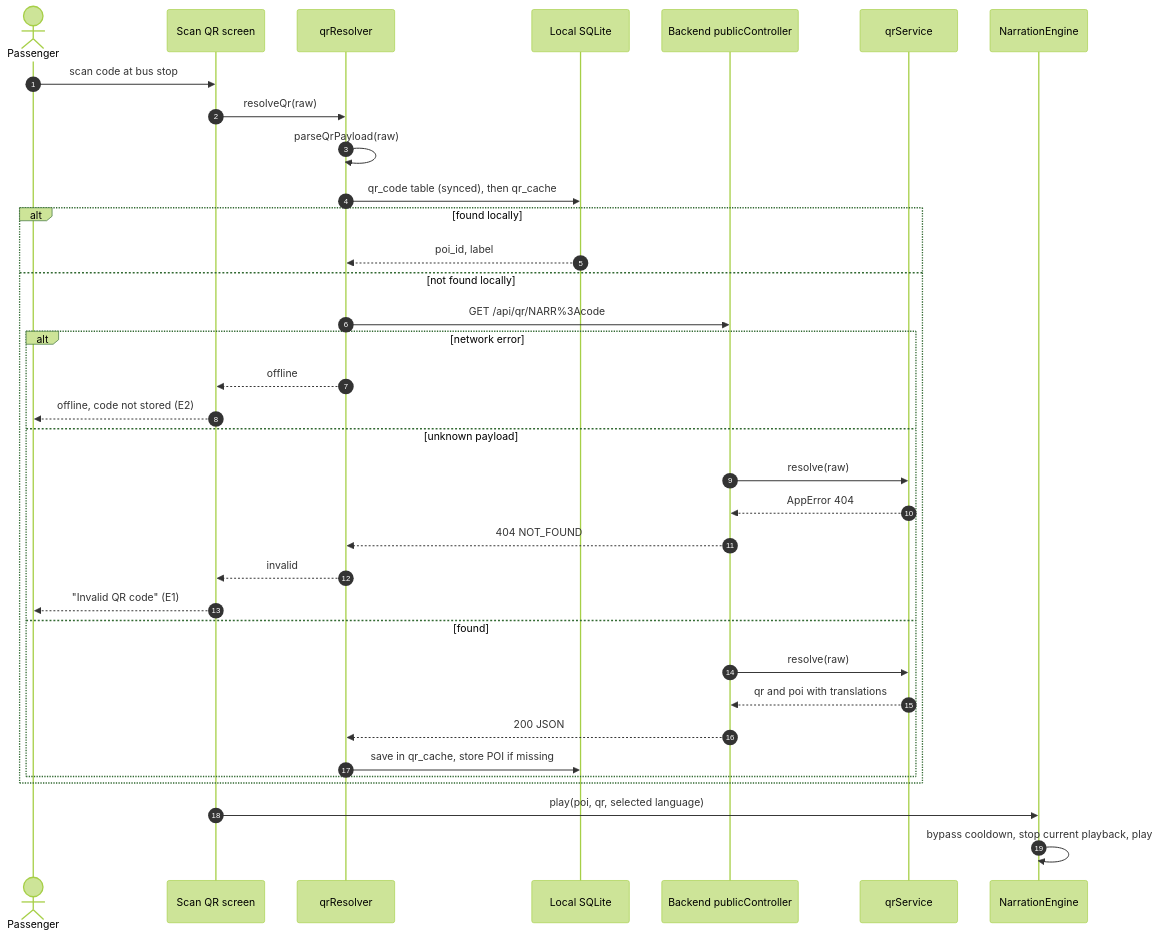
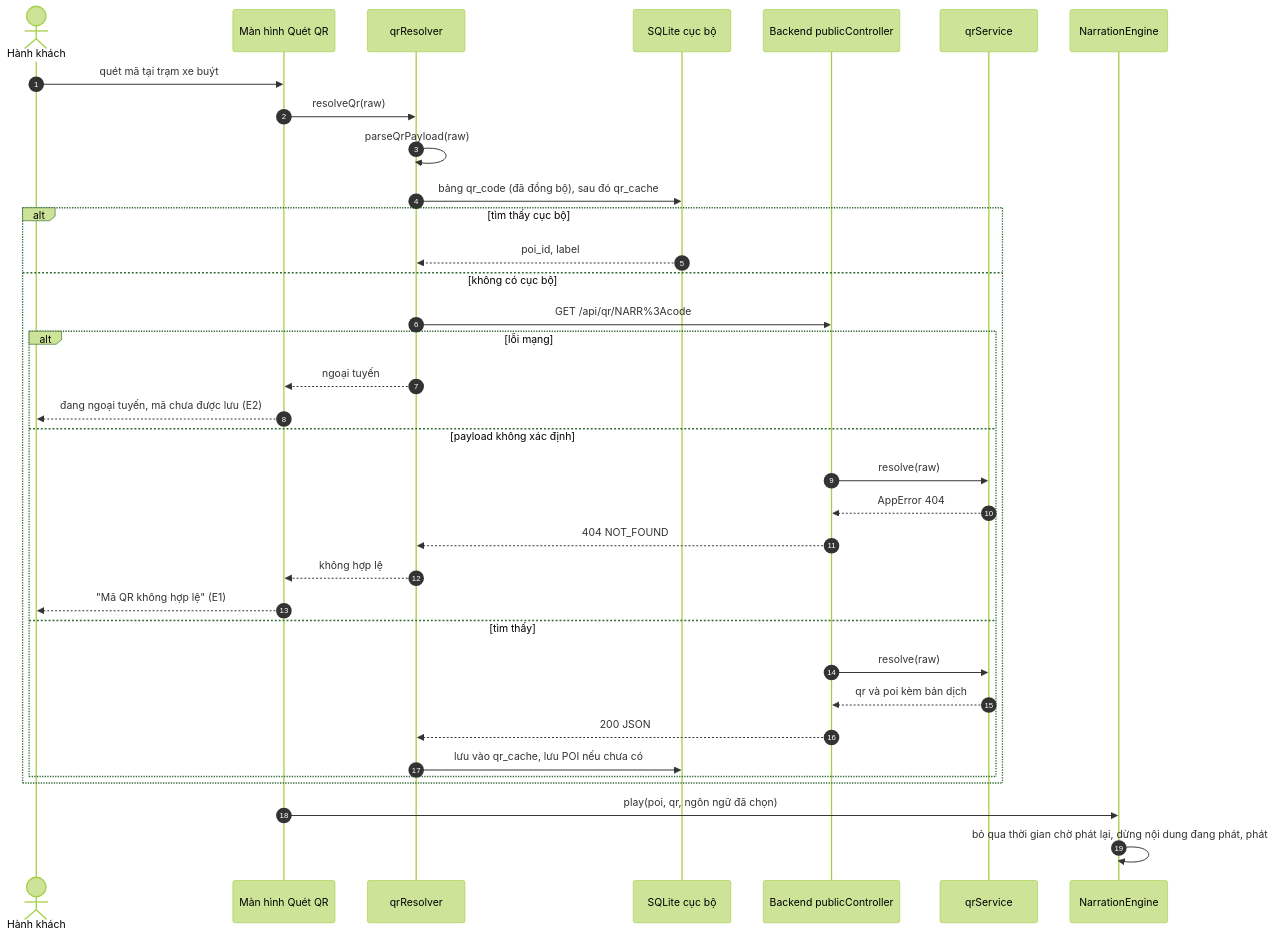
Diagram 12 of 19 in docs/02-design.md (AiraLeFatale/CongNghePhanMem_Project), drawn with Mermaid (forest theme) before and after one commit. The commit also changed other lines of this file and 11 other files, not shown here.

````diff
--- a/docs/02-design.md
+++ b/docs/02-design.md
@@ -509,38 +509,38 @@
 ```mermaid
 sequenceDiagram
     autonumber
-    actor U as Passenger
-    participant CAM as Scan QR screen
+    actor U as Hành khách
+    participant CAM as Màn hình Quét QR
     participant RES as qrResolver
-    participant DB as Local SQLite
+    participant DB as SQLite cục bộ
     participant API as Backend publicController
     participant QS as qrService
     participant NAR as NarrationEngine
 
-    U->>CAM: scan code at bus stop
+    U->>CAM: quét mã tại trạm xe buýt
     CAM->>RES: resolveQr(raw)
     RES->>RES: parseQrPayload(raw)
-    RES->>DB: qr_code table (synced), then qr_cache
-    alt found locally
+    RES->>DB: bảng qr_code (đã đồng bộ), sau đó qr_cache
+    alt tìm thấy cục bộ
         DB-->>RES: poi_id, label
-    else not found locally
+    else không có cục bộ
         RES->>API: GET /api/qr/NARR%3Acode
-        alt network error
-            RES-->>CAM: offline
-            CAM-->>U: offline, code not stored (E2)
-        else unknown payload
+        alt lỗi mạng
+            RES-->>CAM: ngoại tuyến
+            CAM-->>U: đang ngoại tuyến, mã chưa được lưu (E2)
+        else payload không xác định
             API->>QS: resolve(raw)
             QS-->>API: AppError 404
             API-->>RES: 404 NOT_FOUND
-            RES-->>CAM: invalid
-            CAM-->>U: "Invalid QR code" (E1)
-        else found
+            RES-->>CAM: không hợp lệ
+            CAM-->>U: "Mã QR không hợp lệ" (E1)
+        else tìm thấy
             API->>QS: resolve(raw)
-            QS-->>API: qr and poi with translations
+            QS-->>API: qr và poi kèm bản dịch
             API-->>RES: 200 JSON
-            RES->>DB: save in qr_cache, store POI if missing
+            RES->>DB: lưu vào qr_cache, lưu POI nếu chưa có
         end
     end
-    CAM->>NAR: play(poi, qr, selected language)
-    NAR->>NAR: bypass cooldown, stop current playback, play
+    CAM->>NAR: play(poi, qr, ngôn ngữ đã chọn)
+    NAR->>NAR: bỏ qua thời gian chờ phát lại, dừng nội dung đang phát, phát
 ```
````
